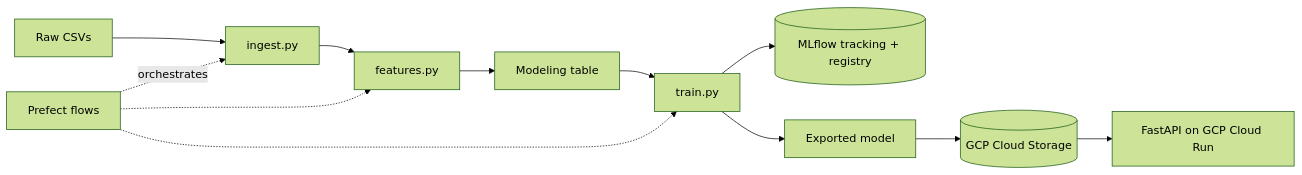
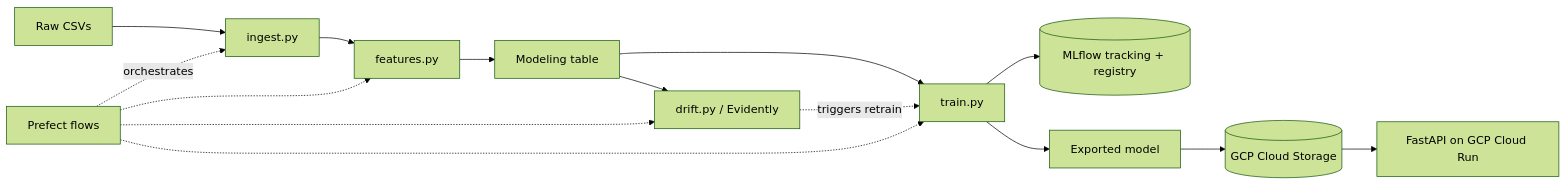
Before and after one commit to yessir-bacon/olist-return-mlops: the diagram in README.md, drawn with Mermaid (forest theme). The commit also changed other lines of this file, not shown here.

Commit message:
Update README with drift monitoring results

````diff
--- a/README.md
+++ b/README.md
@@ -16,14 +16,17 @@
 ```mermaid
 flowchart LR
     A[Raw CSVs] --> B[ingest.py]
     B --> C[features.py]
     C --> D[Modeling table]
     D --> E[train.py]
     E --> F[(MLflow tracking + registry)]
     E --> G[Exported model]
     G --> S[(GCP Cloud Storage)]
     S --> H[FastAPI on GCP Cloud Run]
+    D --> M[drift.py / Evidently]
+    M -.triggers retrain.-> E
     P[Prefect flows] -.orchestrates.-> B
     P -.-> C
     P -.-> E
+    P -.-> M
 ```
````
